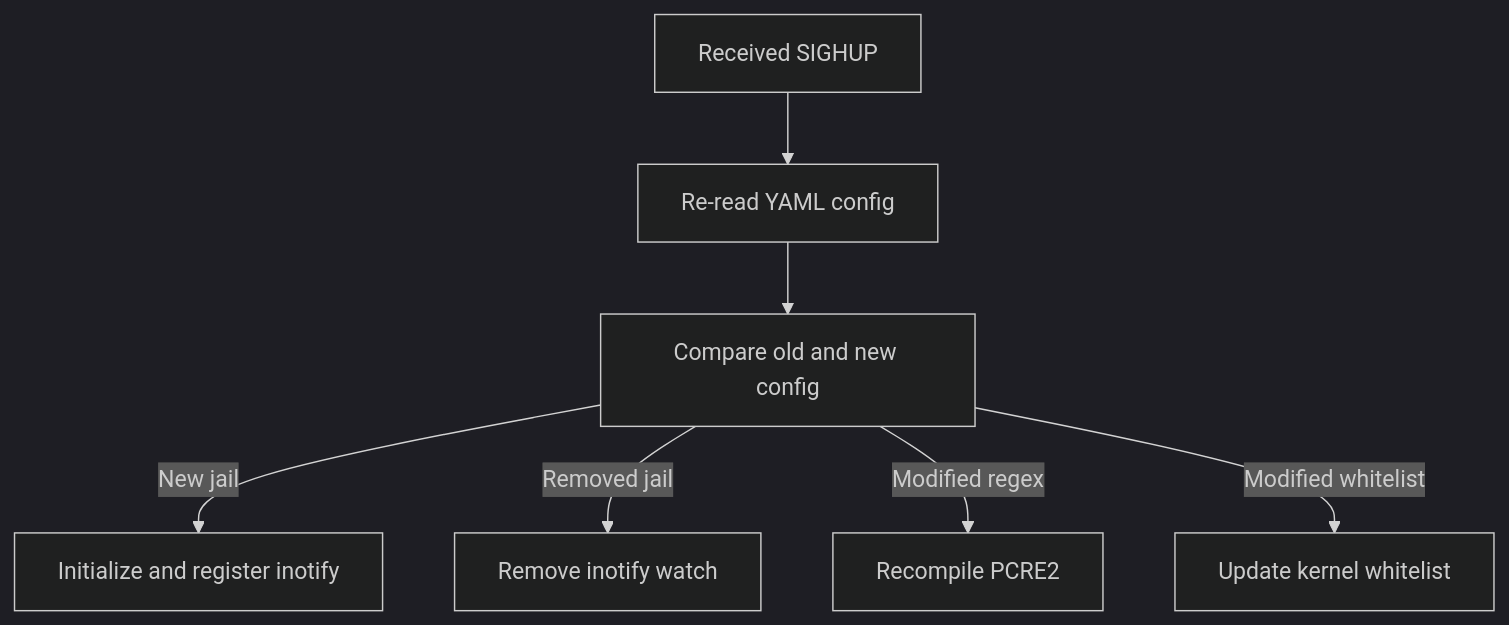
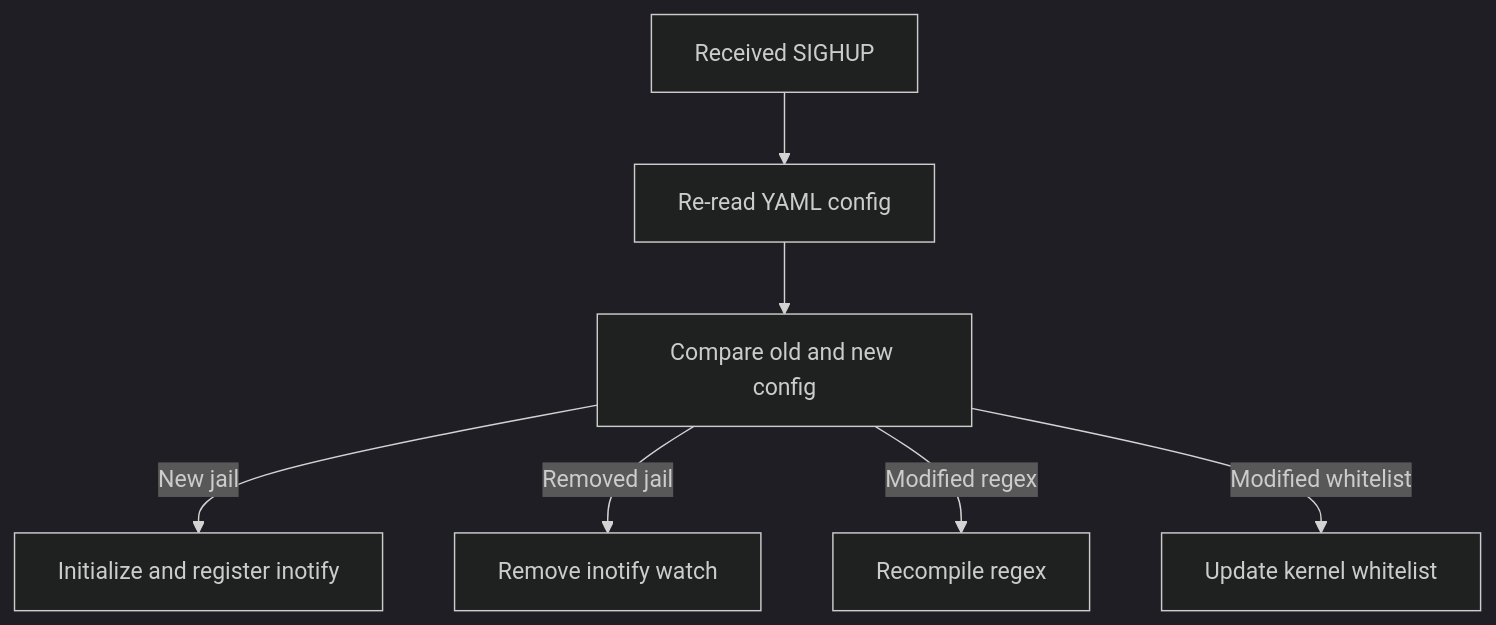
One commit to SnowCore8/linux-firewall-kmod changed the sixth of 6 diagrams in docs/en/architecture/daemon.md. Above: the diagram before and after it, drawn with Mermaid (dark theme). The commit also changed other lines of this file and 35 other files, not shown here.

````diff
--- a/docs/en/architecture/daemon.md
+++ b/docs/en/architecture/daemon.md
@@ -307,9 +287,9 @@
 ```mermaid
 graph TB
     A["Received SIGHUP"] --> B["Re-read YAML config"]
     B --> C["Compare old and new config"]
     C -->|New jail| D["Initialize and register inotify"]
     C -->|Removed jail| E["Remove inotify watch"]
-    C -->|Modified regex| F["Recompile PCRE2"]
+    C -->|Modified regex| F["Recompile regex"]
     C -->|Modified whitelist| G["Update kernel whitelist"]
 ```
````
